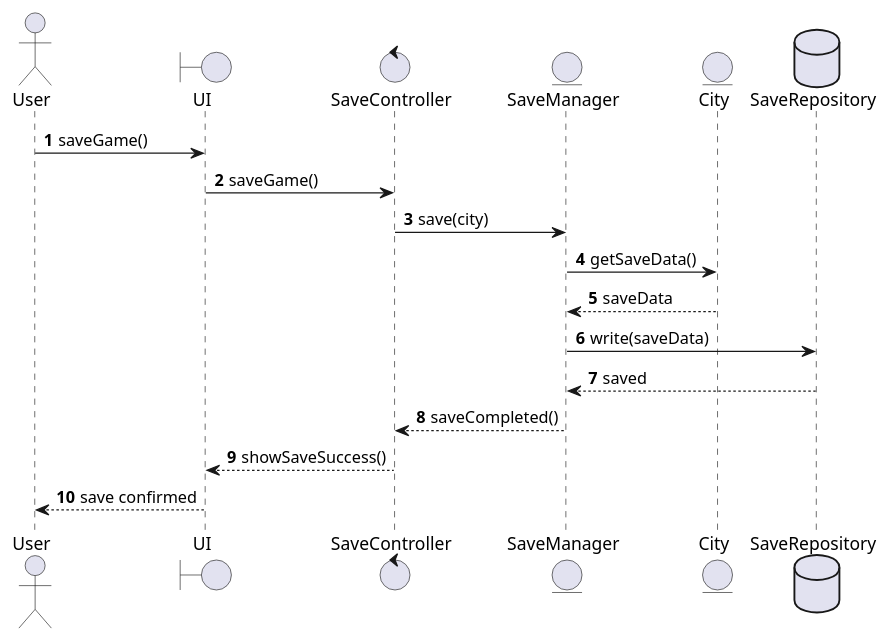
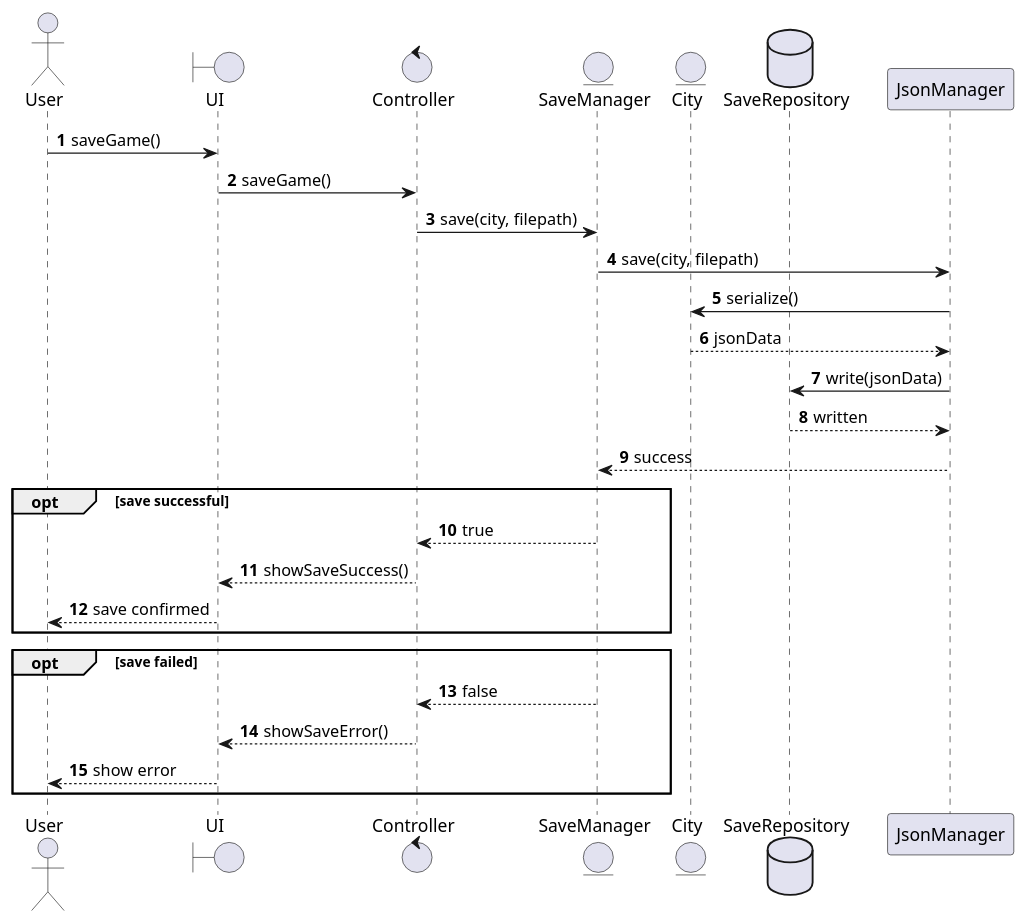
One commit to Anna-code17/ssa_project changed the fifth of 5 diagrams in documents/System_sequence _diagrams.md. Above: the diagram before and after it, drawn with PlantUML. The commit also changed other lines of this file, not shown here.

Commit message:
Update System_sequence _diagrams.md

````diff
--- a/documents/System_sequence _diagrams.md
+++ b/documents/System_sequence _diagrams.md
@@ -230,33 +258,42 @@
 ```plantuml
 
 @startuml
 autonumber
 
 actor User
 
 boundary UI
-control SaveController
+control Controller
 entity SaveManager
 entity City
 database SaveRepository
 
 User -> UI : saveGame()
 
-UI -> SaveController : saveGame()
+UI -> Controller : saveGame()
 
-SaveController -> SaveManager : save(city)
+Controller -> SaveManager : save(city, filepath)
 
-SaveManager -> City : getSaveData()
-City --> SaveManager : saveData
+SaveManager -> JsonManager : save(city, filepath)
 
-SaveManager -> SaveRepository : write(saveData)
-SaveRepository --> SaveManager : saved
+JsonManager -> City : serialize()
+City --> JsonManager : jsonData
 
-SaveManager --> SaveController : saveCompleted()
+JsonManager -> SaveRepository : write(jsonData)
+SaveRepository --> JsonManager : written
 
-SaveController --> UI : showSaveSuccess()
+JsonManager --> SaveManager : success
 
+opt save successful
+SaveManager --> Controller: true
+Controller --> UI : showSaveSuccess()
 UI --> User : save confirmed
+end
 
+opt save failed
+SaveManager --> Controller: false
+Controller --> UI : showSaveError()
+UI --> User : show error
+end
 @enduml
 ```
````
